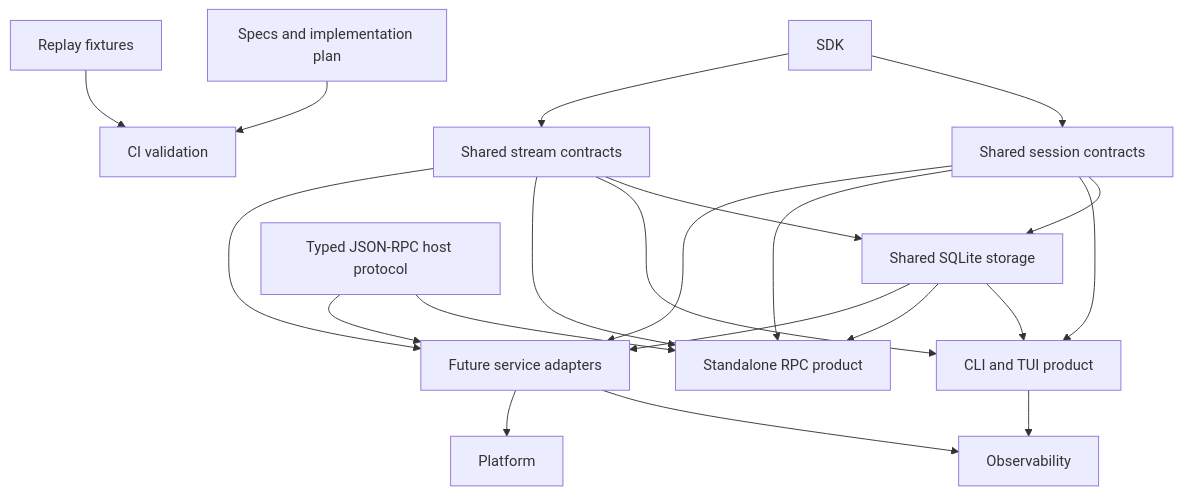
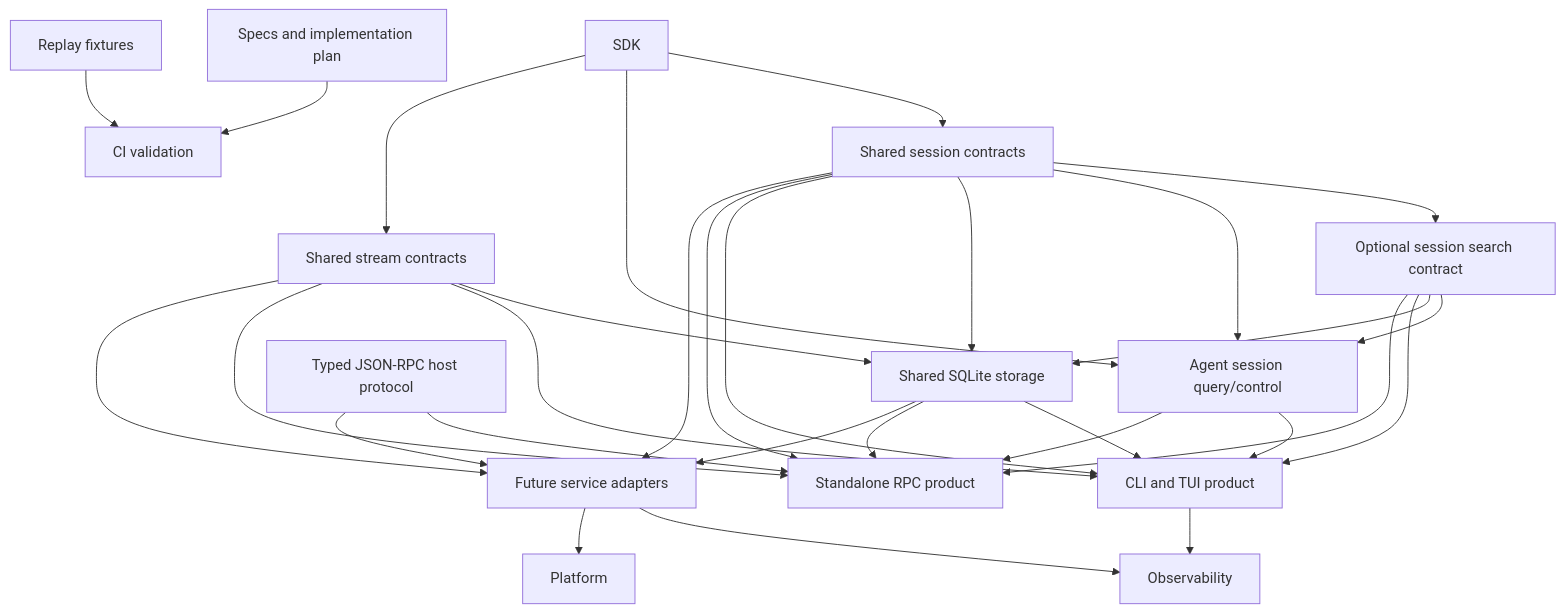
The diagram in spec/ops/README.md (Wh1isper/starweaver), drawn with Mermaid before and after one commit. The commit also changed other lines of this file and 94 other files, not shown here.

First line of the commit message:
feat: add durable async subagents and session management (#70)

````diff
--- a/spec/ops/README.md
+++ b/spec/ops/README.md
@@ -21,37 +23,48 @@
 ```mermaid
 flowchart TD
     ci[CI validation]
     replay[Replay fixtures]
     specs[Specs and implementation plan]
     sdk[SDK]
     session[Shared session contracts]
+    search[Optional session search contract]
+    management[Agent session query/control]
     stream[Shared stream contracts]
     storage[Shared SQLite storage]
     cli[CLI and TUI product]
     rpc[Standalone RPC product]
     hostrpc[Typed JSON-RPC host protocol]
     service[Future service adapters]
     observability[Observability]
     platform[Platform]
 
     specs --> ci
     replay --> ci
     sdk --> session
+    sdk --> management
     sdk --> stream
+    session --> search
+    session --> management
+    search --> management
     session --> storage
+    search --> storage
     stream --> storage
     storage --> cli
+    search --> cli
+    management --> cli
     session --> cli
     stream --> cli
     storage --> rpc
+    search --> rpc
+    management --> rpc
     session --> rpc
     stream --> rpc
     hostrpc --> rpc
     hostrpc --> service
     session --> service
     stream --> service
     storage --> service
     service --> observability
     cli --> observability
     service --> platform
 ```
````
